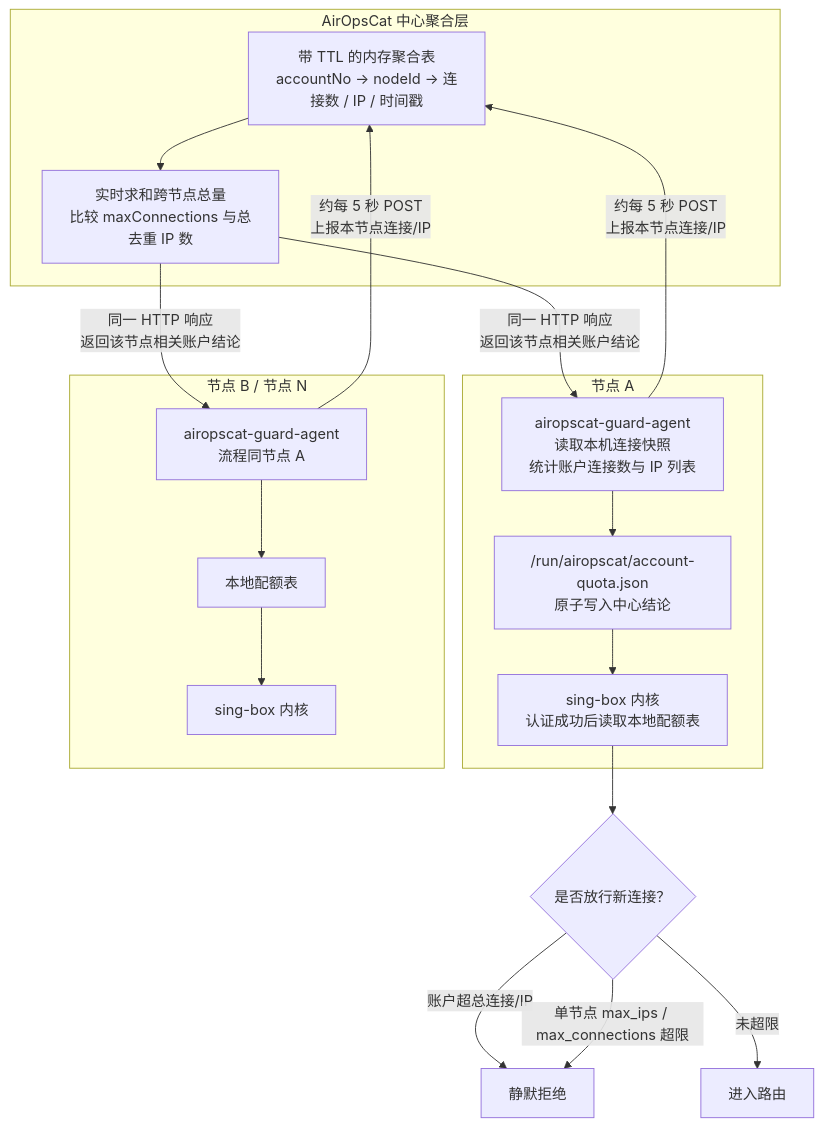
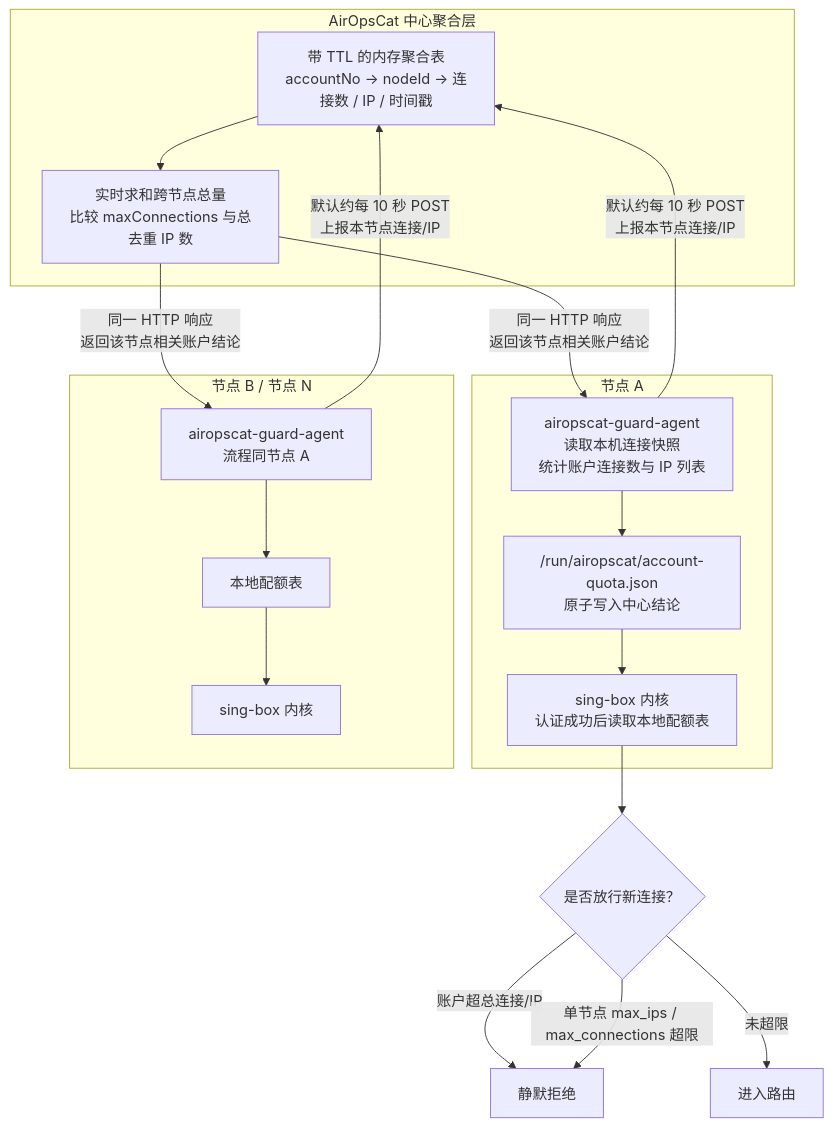
The diagram in docs/account-max-ips-anti-sharing-plan.md (fun90/AirOpsCat), drawn with Mermaid before and after one commit. The commit also changed other lines of this file and 12 other files, not shown here.

````diff
--- a/docs/account-max-ips-anti-sharing-plan.md
+++ b/docs/account-max-ips-anti-sharing-plan.md
@@ -63,32 +63,32 @@
 ```mermaid
 flowchart TB
     subgraph Core["AirOpsCat 中心聚合层"]
         Aggregate["带 TTL 的内存聚合表<br/>accountNo -> nodeId -> 连接数 / IP / 时间戳"]
         Decide["实时求和跨节点总量<br/>比较 maxConnections 与总去重 IP 数"]
         Aggregate --> Decide
     end
 
     subgraph NodeA["节点 A"]
         AgentA["airopscat-guard-agent<br/>读取本机连接快照<br/>统计账户连接数与 IP 列表"]
         QuotaA["/run/airopscat/account-quota.json<br/>原子写入中心结论"]
         KernelA["sing-box 内核<br/>认证成功后读取本地配额表"]
         AgentA --> QuotaA --> KernelA
     end
 
     subgraph NodeB["节点 B / 节点 N"]
         AgentB["airopscat-guard-agent<br/>流程同节点 A"]
         QuotaB["本地配额表"]
         KernelB["sing-box 内核"]
         AgentB --> QuotaB --> KernelB
     end
 
-    AgentA -- "约每 5 秒 POST<br/>上报本节点连接/IP" --> Aggregate
+    AgentA -- "默认约每 10 秒 POST<br/>上报本节点连接/IP" --> Aggregate
     Decide -- "同一 HTTP 响应<br/>返回该节点相关账户结论" --> AgentA
-    AgentB -- "约每 5 秒 POST<br/>上报本节点连接/IP" --> Aggregate
+    AgentB -- "默认约每 10 秒 POST<br/>上报本节点连接/IP" --> Aggregate
     Decide -- "同一 HTTP 响应<br/>返回该节点相关账户结论" --> AgentB
 
     KernelA --> GateA{"是否放行新连接？"}
     GateA -- "账户超总连接/IP" --> RejectA["静默拒绝"]
     GateA -- "单节点 max_ips / max_connections 超限" --> RejectA
     GateA -- "未超限" --> RouteA["进入路由"]
 ```
````
